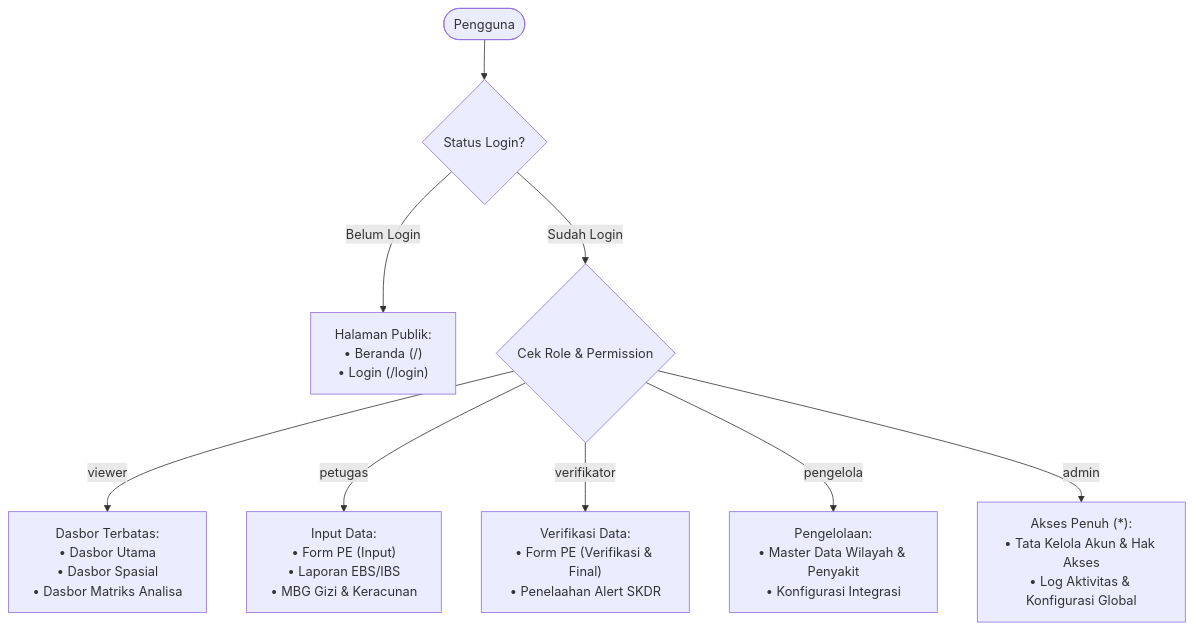
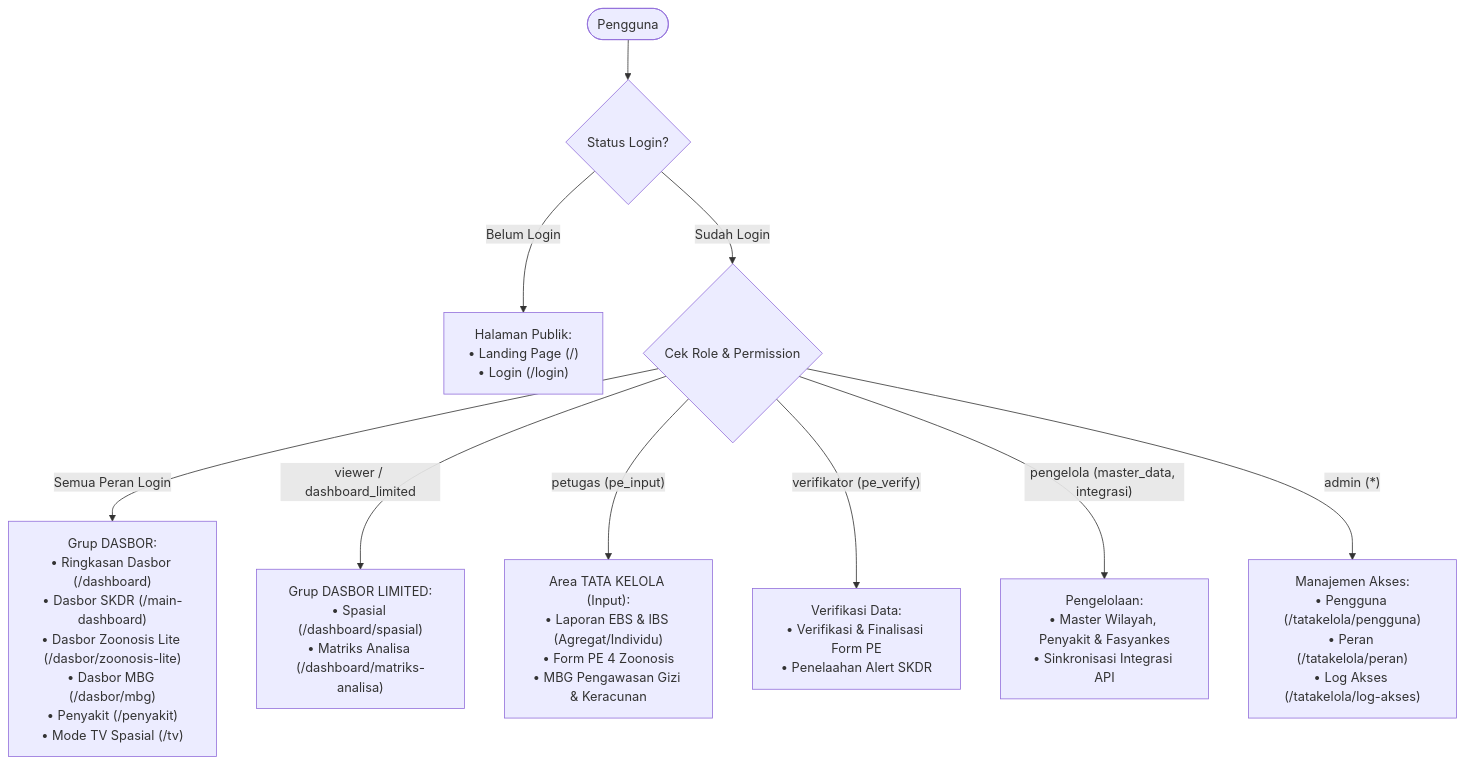
The first of 12 diagrams in docs/BRD_SRS_FITUR_FORM_DAN_DASBOR.md (cuatiawww/skdr-indonesia), drawn with Mermaid before and after one commit. The commit also changed other lines of this file and 2 other files, not shown here.

Commit message:
docs(brd-srs): update BRD/SRS documentation to v1.1 matching current pages and spatial TV mode (PR 051)

````diff
--- a/docs/BRD_SRS_FITUR_FORM_DAN_DASBOR.md
+++ b/docs/BRD_SRS_FITUR_FORM_DAN_DASBOR.md
@@ -57,12 +62,13 @@
 ```mermaid
 flowchart TD
     User([Pengguna]) --> Login{Status Login?}
-    Login -- Belum Login --> PubPages["Halaman Publik:\n• Beranda (/) \n• Login (/login)"]
+    Login -- Belum Login --> PubPages["Halaman Publik:\n• Landing Page (/)\n• Login (/login)"]
     Login -- Sudah Login --> CheckRole{Cek Role & Permission}
     
-    CheckRole -- "viewer" --> DashLim["Dasbor Terbatas:\n• Dasbor Utama\n• Dasbor Spasial\n• Dasbor Matriks Analisa"]
-    CheckRole -- "petugas" --> InputArea["Input Data:\n• Form PE (Input)\n• Laporan EBS/IBS\n• MBG Gizi & Keracunan"]
-    CheckRole -- "verifikator" --> VerifArea["Verifikasi Data:\n• Form PE (Verifikasi & Final)\n• Penelaahan Alert SKDR"]
-    CheckRole -- "pengelola" --> ManageArea["Pengelolaan:\n• Master Data Wilayah & Penyakit\n• Konfigurasi Integrasi"]
-    CheckRole -- "admin" --> FullArea["Akses Penuh (*):\n• Tata Kelola Akun & Hak Akses\n• Log Aktivitas & Konfigurasi Global"]
+    CheckRole -- "Semua Peran Login" --> DashPublic["Grup DASBOR:\n• Ringkasan Dasbor (/dashboard)\n• Dasbor SKDR (/main-dashboard)\n• Dasbor Zoonosis Lite (/dasbor/zoonosis-lite)\n• Dasbor MBG (/dasbor/mbg)\n• Penyakit (/penyakit)\n• Mode TV Spasial (/tv)"]
+    CheckRole -- "viewer / dashboard_limited" --> DashLim["Grup DASBOR LIMITED:\n• Spasial (/dashboard/spasial)\n• Matriks Analisa (/dashboard/matriks-analisa)"]
+    CheckRole -- "petugas (pe_input)" --> InputArea["Area TATA KELOLA (Input):\n• Laporan EBS & IBS (Agregat/Individu)\n• Form PE 4 Zoonosis\n• MBG Pengawasan Gizi & Keracunan"]
+    CheckRole -- "verifikator (pe_verify)" --> VerifArea["Verifikasi Data:\n• Verifikasi & Finalisasi Form PE\n• Penelaahan Alert SKDR"]
+    CheckRole -- "pengelola (master_data, integrasi)" --> ManageArea["Pengelolaan:\n• Master Wilayah, Penyakit & Fasyankes\n• Sinkronisasi Integrasi API"]
+    CheckRole -- "admin (*)" --> FullArea["Manajemen Akses:\n• Pengguna (/tatakelola/pengguna)\n• Peran (/tatakelola/peran)\n• Log Akses (/tatakelola/log-akses)"]
 ```
````
